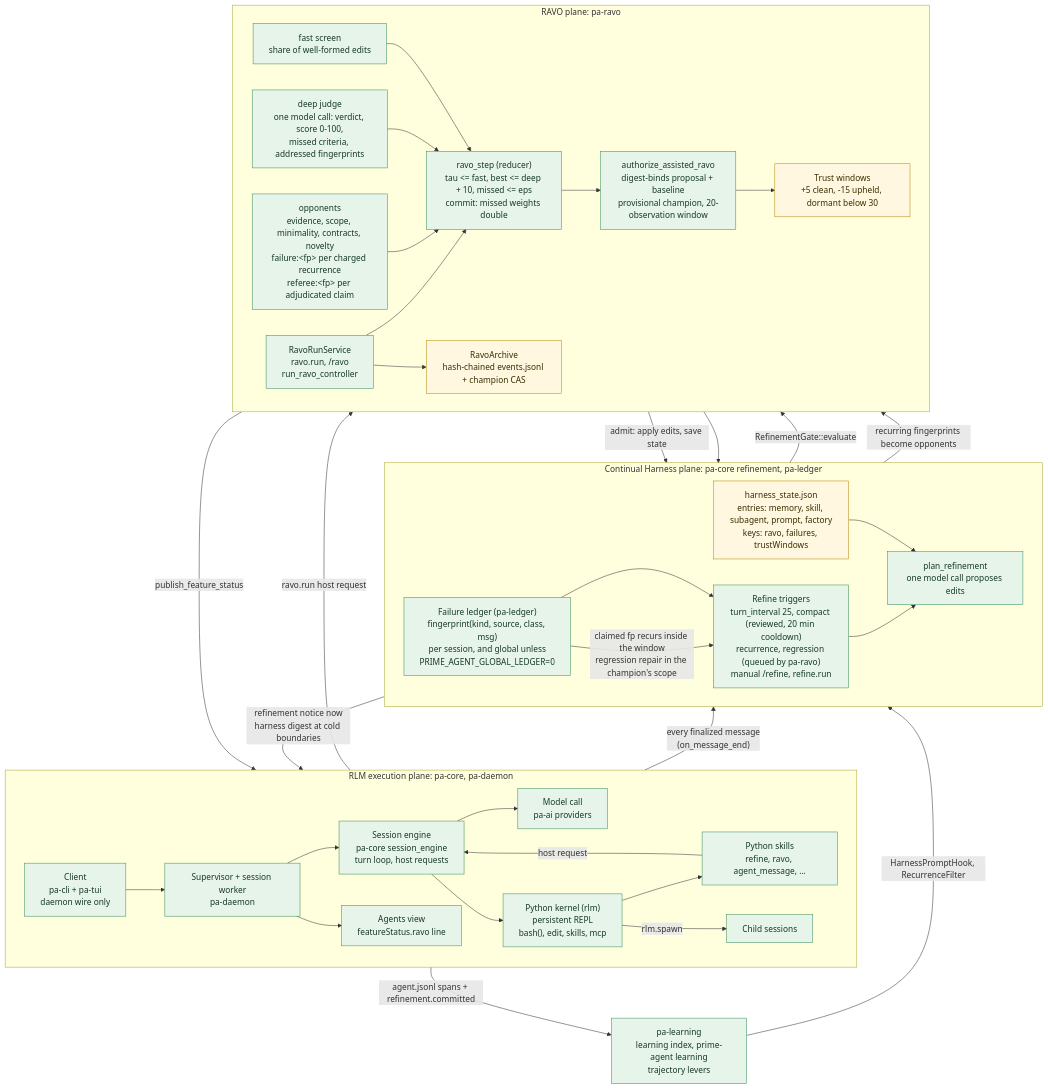
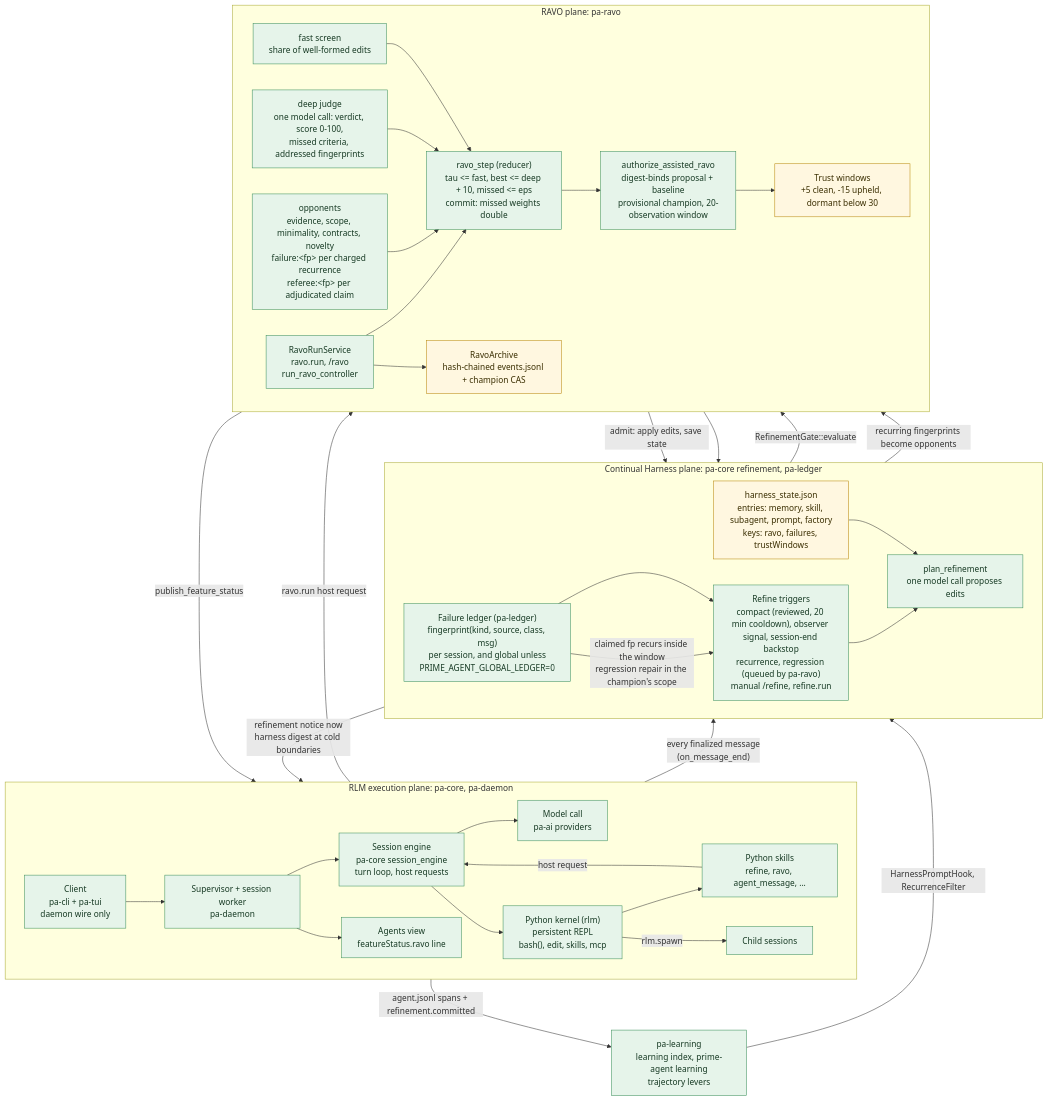
One commit to coleleavitt/prime-agent changed the second of 4 diagrams in docs/ravo-architecture.md. Above: the diagram before and after it, drawn with Mermaid. The commit also changed other lines of this file and 2 other files, not shown here.

````diff
--- a/docs/ravo-architecture.md
+++ b/docs/ravo-architecture.md
@@ -70,64 +70,64 @@
 ```mermaid
 %% Prime Agent with the fork's RAVO crates, as of merge-rust-port.
 %% Three planes: RLM execution (what runs), Continual Harness (what is learned), RAVO (how learning is gated).
 flowchart TB
   subgraph RLM["RLM execution plane: pa-core, pa-daemon"]
     direction LR
     USER["Client<br/>pa-cli + pa-tui<br/>daemon wire only"] --> DAEMON["Supervisor + session worker<br/>pa-daemon"]
     DAEMON --> ENG["Session engine<br/>pa-core session_engine<br/>turn loop, host requests"]
     ENG --> MODEL["Model call<br/>pa-ai providers"]
     ENG --> KERNEL["Python kernel (rlm)<br/>persistent REPL<br/>bash(), edit, skills, mcp"]
     KERNEL --> SKILLS["Python skills<br/>refine, ravo, agent_message, ..."]
     SKILLS -->|"host request"| ENG
     KERNEL -->|"rlm.spawn"| CHILD["Child sessions"]
     DAEMON --> VIEW["Agents view<br/>featureStatus.ravo line"]
   end
 
   subgraph HARNESS["Continual Harness plane: pa-core refinement, pa-ledger"]
     direction LR
     HS["harness_state.json<br/>entries: memory, skill, subagent, prompt, factory<br/>keys: ravo, failures, trustWindows"]
     LEDGER["Failure ledger (pa-ledger)<br/>fingerprint(kind, source, class, msg)<br/>per session, and global unless<br/>PRIME_AGENT_GLOBAL_LEDGER=0"]
-    TRIG["Refine triggers<br/>turn_interval 25, compact (reviewed, 20 min cooldown)<br/>recurrence, regression (queued by pa-ravo)<br/>manual /refine, refine.run"]
+    TRIG["Refine triggers<br/>compact (reviewed, 20 min cooldown), observer signal, session-end backstop<br/>recurrence, regression (queued by pa-ravo)<br/>manual /refine, refine.run"]
     PROP["plan_refinement<br/>one model call proposes edits"]
     HS --> PROP
     LEDGER --> TRIG --> PROP
   end
 
   subgraph RAVO["RAVO plane: pa-ravo"]
     direction LR
     FAST["fast screen<br/>share of well-formed edits"]
     DEEP["deep judge<br/>one model call: verdict, score 0-100,<br/>missed criteria, addressed fingerprints"]
     OPP["opponents<br/>evidence, scope, minimality, contracts, novelty<br/>failure:&lt;fp&gt; per charged recurrence<br/>referee:&lt;fp&gt; per adjudicated claim"]
     STEP["ravo_step (reducer)<br/>tau <= fast, best <= deep + 10, missed <= eps<br/>commit: missed weights double"]
     AUTH["authorize_assisted_ravo<br/>digest-binds proposal + baseline<br/>provisional champion, 20-observation window"]
     SVC["RavoRunService<br/>ravo.run, /ravo<br/>run_ravo_controller"]
     ARCH["RavoArchive<br/>hash-chained events.jsonl + champion CAS"]
     TRUST["Trust windows<br/>+5 clean, -15 upheld, dormant below 30"]
     FAST --> STEP
     DEEP --> STEP
     OPP --> STEP
     STEP --> AUTH
     SVC --> STEP
     SVC --> ARCH
   end
 
   LEARN["pa-learning<br/>learning index, prime-agent learning<br/>trajectory levers"]
 
   ENG -->|"every finalized message<br/>(on_message_end)"| LEDGER
   PROP -->|"RefinementGate::evaluate"| FAST
   AUTH -->|"admit: apply edits, save state"| HS
   AUTH --> TRUST
   TRUST --> HS
   HS -->|"refinement notice now<br/>harness digest at cold boundaries"| ENG
   LEDGER -->|"recurring fingerprints become opponents"| OPP
   LEDGER -->|"claimed fp recurs inside the window<br/>regression repair in the champion's scope"| TRIG
   SKILLS -->|"ravo.run host request"| SVC
   SVC -->|"publish_feature_status"| DAEMON
   ENG -->|"agent.jsonl spans + refinement.committed"| LEARN
   LEARN -->|"HarnessPromptHook, RecurrenceFilter"| HS
 
   classDef live fill:#e6f4ea,stroke:#3a8f5a,color:#173a24;
   classDef store fill:#fff7e0,stroke:#b8860b,color:#3a2e00;
   class USER,DAEMON,ENG,MODEL,KERNEL,SKILLS,CHILD,VIEW,LEDGER,TRIG,PROP,FAST,DEEP,OPP,STEP,AUTH,SVC,LEARN live;
   class HS,ARCH,TRUST store;
 ```
````
